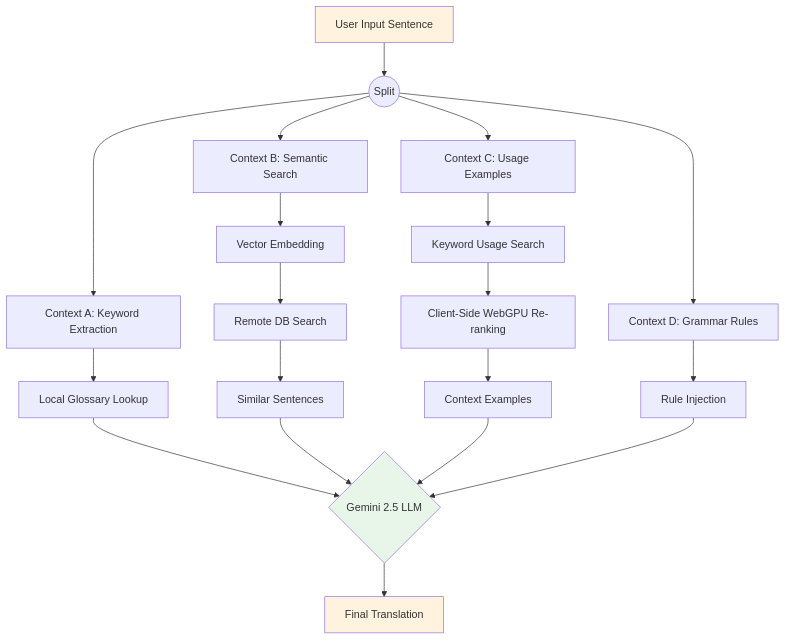
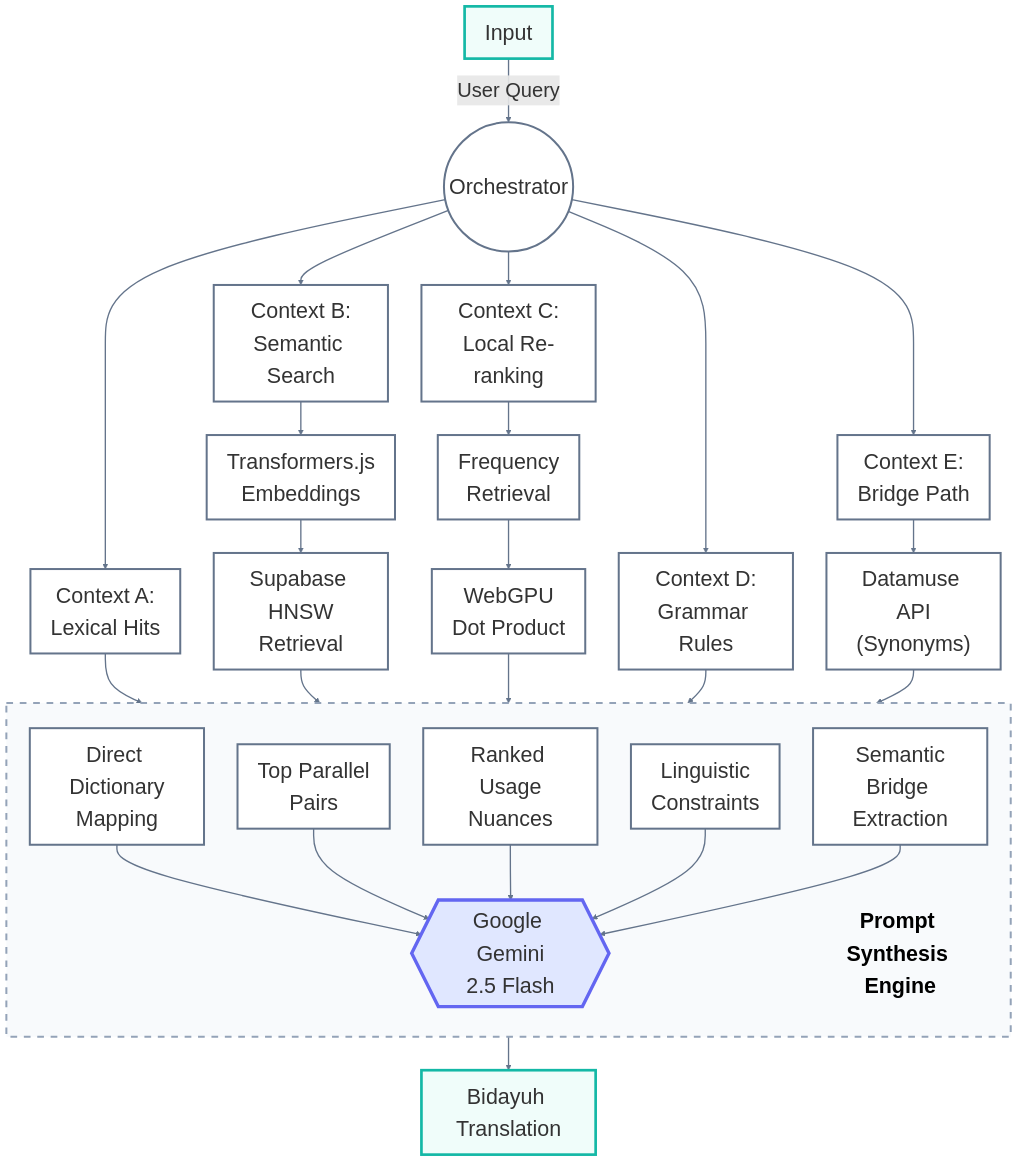
Before and after one commit to TarsilaSamille/artigo: the diagram in pipeline.mmd, drawn with Mermaid. The commit also changed 63 other files, not shown here.

```diff
--- a/pipeline.mmd
+++ b/pipeline.mmd
@@ -1,29 +1,50 @@
 flowchart TD
-    Input[User Input Sentence] --> Split((Split))
+    %% Global Styling
+    accTitle: Translation Pipeline
+    accDescr: 5-Stage Context Assembly Pipeline
+%%{init: {'themeVariables': { 'fontSize': '30px' }}}%%
+
+    Input -->|User Query| Split(("Orchestrator"))
     
-    Split --> PathA[Context A: Keyword Extraction]
-    PathA --> Gloss[Local Glossary Lookup]
+    Split --> PathA["Context A:<br/>Lexical Hits"]
+    PathA --> Gloss["Direct Dictionary<br/>Mapping"]
     
-    Split --> PathB[Context B: Semantic Search]
-    PathB --> Vector[Vector Embedding]
-    Vector --> Remote[Remote DB Search]
-    Remote --> SimSent[Similar Sentences]
+    Split --> PathB["Context B:<br/>Semantic Search"]
+    PathB --> Vector["Transformers.js<br/>Embeddings"]
+    Vector --> Remote["Supabase HNSW<br/>Retrieval"]
+    Remote --> SimSent["Top Parallel<br/>Pairs"]
     
-    Split --> PathC[Context C: Usage Examples]
-    PathC --> KeySearch[Keyword Usage Search]
-    KeySearch --> ReRank[Client-Side WebGPU Re-ranking]
-    ReRank --> ContextC[Context Examples]
+    Split --> PathC["Context C:<br/>Local Re-ranking"]
+    PathC --> KeySearch["Frequency<br/>Retrieval"]
+    KeySearch --> ReRank["WebGPU<br/>Dot Product"]
+    ReRank --> ContextC["Ranked Usage<br/>Nuances"]
     
-    Split --> PathD[Context D: Grammar Rules]
-    PathD --> Rules[Rule Injection]
+    Split --> PathD["Context D:<br/>Grammar Rules"]
+    PathD --> Rules["Linguistic<br/>Constraints"]
     
-    Gloss --> LLM{Gemini 2.5 LLM}
-    SimSent --> LLM
-    ContextC --> LLM
-    Rules --> LLM
+    Split --> PathE["Context E:<br/>Bridge Path"]
+    PathE --> Synonym["Datamuse API<br/>(Synonyms)"]
+    Synonym --> Bridge["Semantic<br/>Bridge Extraction"]
     
-    LLM --> Output[Final Translation]
+    subgraph Synthesis [" "]
+       Title["`**Prompt Synthesis Engine**`"]:::header 
+
+        direction TB
+        Gloss --> LLM{{"Google Gemini<br/>2.5 Flash"}}
+        SimSent --> LLM
+        ContextC --> LLM
+        Rules --> LLM
+        Bridge --> LLM
+    end
     
-    style Input fill:#fff3e0
-    style LLM fill:#e8f5e9
-    style Output fill:#fff3e0
+    LLM --> Output["Bidayuh Translation"]
+    
+    %% Styles
+    classDef default font-size:32px,fill:#ffffff,stroke:#64748b,stroke-width:3px;
+    linkStyle default stroke:#64748b,stroke-width:2px;
+
+    style Input fill:#f0fdfa,stroke:#14b8a6,stroke-width:4px
+    style LLM fill:#e0e7ff,stroke:#6366f1,stroke-width:5px
+    style Output fill:#f0fdfa,stroke:#14b8a6,stroke-width:4px
+    style Synthesis fill:#f8fafc,stroke:#94a3b8,stroke-dasharray: 10 10,stroke-width:3px
+    classDef header fill:none,color:#000F,stroke:none,font-size:32px
```
